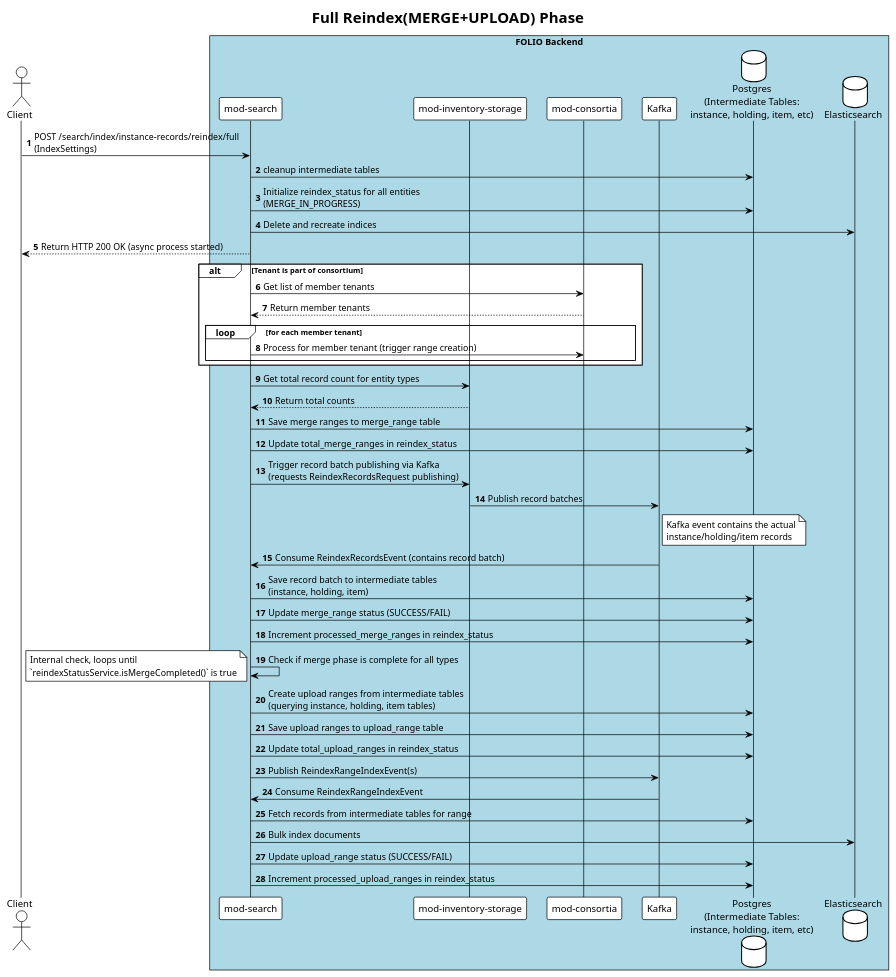
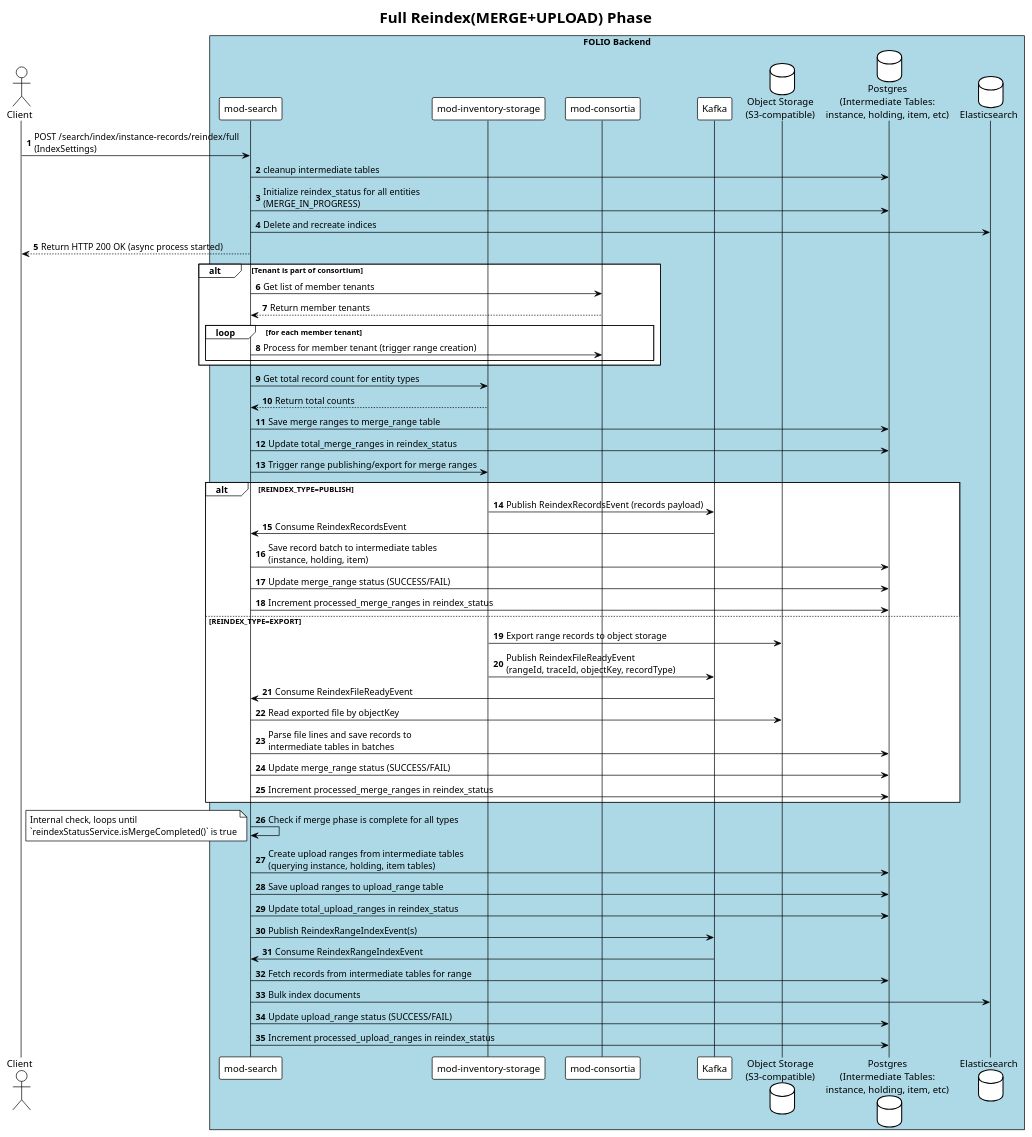
One commit to folio-org/mod-search changed the diagram in doc/diagrams/full.puml. Above: the diagram before and after it, drawn with PlantUML. The commit also changed 5 other files, not shown here.

```diff
--- a/doc/diagrams/full.puml
+++ b/doc/diagrams/full.puml
@@ -1,81 +1,89 @@
 @startuml
 !theme plain
 title Full Reindex(MERGE+UPLOAD) Phase
 
 actor "Client" as client
 box "FOLIO Backend" #LightBlue
   participant "mod-search" as modSearch
   participant "mod-inventory-storage" as inventoryStorage
   participant "mod-consortia" as modConsortia
   participant "Kafka" as kafka
+  database "Object Storage\n(S3-compatible)" as s3
   database "Postgres\n(Intermediate Tables:\ninstance, holding, item, etc)" as postgres
   database "Elasticsearch" as elasticsearch
 end box
 
 autonumber
 
 ' Initial API request reception
 client -> modSearch: POST /search/index/instance-records/reindex/full\n(IndexSettings)
 
 modSearch -> postgres: cleanup intermediate tables
 
 ' Status initialization
 modSearch -> postgres: Initialize reindex_status for all entities\n(MERGE_IN_PROGRESS)
 
 ' Recreate Elasticsearch indices (Happens early in the process)
 modSearch -> elasticsearch: Delete and recreate indices
 
 ' Final response to client (Happens immediately after initial request)
 client <-- modSearch: Return HTTP 200 OK (async process started)
 
 ' Consortium handling (conditional)
 alt Tenant is part of consortium
   modSearch -> modConsortia: Get list of member tenants
   modConsortia --> modSearch: Return member tenants
   loop for each member tenant
     modSearch -> modConsortia: Process for member tenant (trigger range creation)
   end
 end
 
 ' Get record count from storage
 modSearch -> inventoryStorage: Get total record count for entity types
 inventoryStorage --> modSearch: Return total counts
 
-' Create merge ranges
+' Create merge ranges (includes trace_id correlation token per range)
 modSearch -> postgres: Save merge ranges to merge_range table
 
 ' Update total merge ranges count in status
 modSearch -> postgres: Update total_merge_ranges in reindex_status
 
-' Trigger publishing of record batches by inventory-storage
-modSearch -> inventoryStorage: Trigger record batch publishing via Kafka\n(requests ReindexRecordsRequest publishing)
-inventoryStorage -> kafka: Publish record batches
-note right of kafka : Kafka event contains the actual\ninstance/holding/item records
-
-' --- Merge Phase Processing (Async) ---
-kafka -> modSearch: Consume ReindexRecordsEvent (contains record batch)
-modSearch -> postgres: Save record batch to intermediate tables\n(instance, holding, item)
-modSearch -> postgres: Update merge_range status (SUCCESS/FAIL)
-modSearch -> postgres: Increment processed_merge_ranges in reindex_status
+' Trigger merge ingestion
+modSearch -> inventoryStorage: Trigger range publishing/export for merge ranges
+alt REINDEX_TYPE=PUBLISH
+  inventoryStorage -> kafka: Publish ReindexRecordsEvent (records payload)
+  kafka -> modSearch: Consume ReindexRecordsEvent
+  modSearch -> postgres: Save record batch to intermediate tables\n(instance, holding, item)
+  modSearch -> postgres: Update merge_range status (SUCCESS/FAIL)
+  modSearch -> postgres: Increment processed_merge_ranges in reindex_status
+else REINDEX_TYPE=EXPORT
+  inventoryStorage -> s3: Export range records to object storage
+  inventoryStorage -> kafka: Publish ReindexFileReadyEvent\n(rangeId, traceId, objectKey, recordType)
+  kafka -> modSearch: Consume ReindexFileReadyEvent
+  modSearch -> s3: Read exported file by objectKey
+  modSearch -> postgres: Parse file lines and save records to\nintermediate tables in batches
+  modSearch -> postgres: Update merge_range status (SUCCESS/FAIL)
+  modSearch -> postgres: Increment processed_merge_ranges in reindex_status
+end
 
 ' --- Transition Check ---
 modSearch -> modSearch: Check if merge phase is complete for all types
 note left: Internal check, loops until\n`reindexStatusService.isMergeCompleted()` is true
 
 ' --- Upload Phase Initialization (after Merge complete) ---
-' Create upload ranges from intermediate tables
+' Create upload ranges from intermediate tables for upload-supported entity types
 modSearch -> postgres: Create upload ranges from intermediate tables\n(querying instance, holding, item tables)
 modSearch -> postgres: Save upload ranges to upload_range table
 modSearch -> postgres: Update total_upload_ranges in reindex_status
 
 ' Publish upload range events to Kafka
 modSearch -> kafka: Publish ReindexRangeIndexEvent(s)
 
 ' --- Upload Phase Processing (Async) ---
 kafka -> modSearch: Consume ReindexRangeIndexEvent
 modSearch -> postgres: Fetch records from intermediate tables for range
 modSearch -> elasticsearch: Bulk index documents
 modSearch -> postgres: Update upload_range status (SUCCESS/FAIL)
 modSearch -> postgres: Increment processed_upload_ranges in reindex_status
 
 @enduml
```
